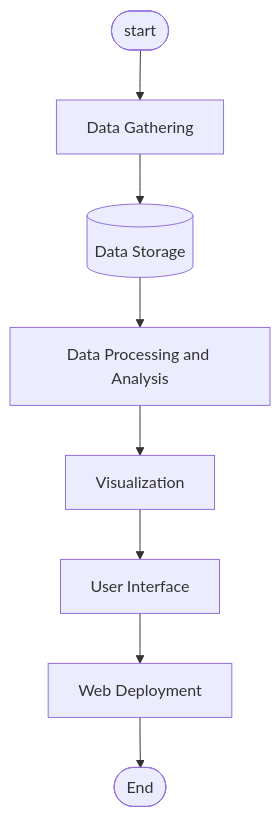
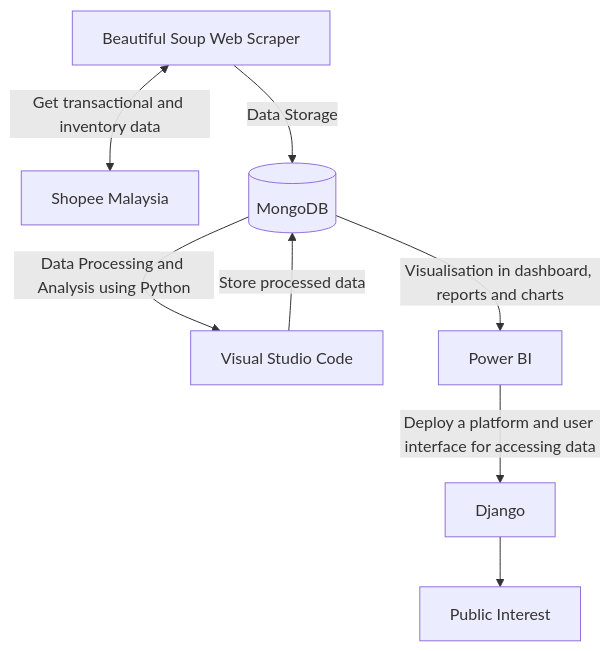
The first of 2 diagrams in project/proposal/Regex/Proposal_Regex.md (drshahizan/special-topic-data-engineering), drawn with Mermaid before and after one commit. The commit also changed other lines of this file, not shown here.

````diff
--- a/project/proposal/Regex/Proposal_Regex.md
+++ b/project/proposal/Regex/Proposal_Regex.md
@@ -204,11 +93,11 @@
 ```mermaid
 
 flowchart TD;
-    id1([start])-->id2[Data Gathering]
-    id2[Data Gathering] --> id3[(Data Storage)]
-    id3[(Data Storage)] --> id4[Data Processing and Analysis]
-    id4[Data Processing and Analysis] --> id5[Visualization]
-    id5[Visualization] --> id6[User Interface]
-    id6[User Interface] --> id7[Web Deployment]
-    id7[Web Deployment] --> id8([End])
+    id1[Beautiful Soup Web Scraper]<--Get transactional and inventory data-->id2[Shopee Malaysia]
+    id1[Beautiful Soup Web Scraper] --Data Storage--> id3[(MongoDB)]
+    id3[(MongoDB)] --Data Processing and Analysis using Python--> id4[Visual Studio Code]
+    id4[Visual Studio Code] --Store processed data--> id3[(MongoDB)]
+    id3[(MongoDB)] --Visualisation in dashboard, reports and charts--> id5[Power BI]
+    id5[Power BI] --Deploy a platform and user interface for accessing data--> id6[Django]
+    id6[Django] --> id7[Public Interest]
 ```
````
